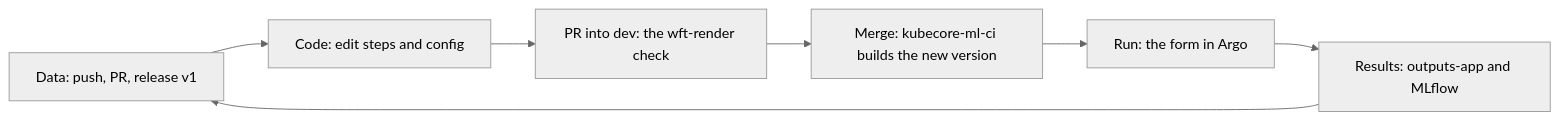
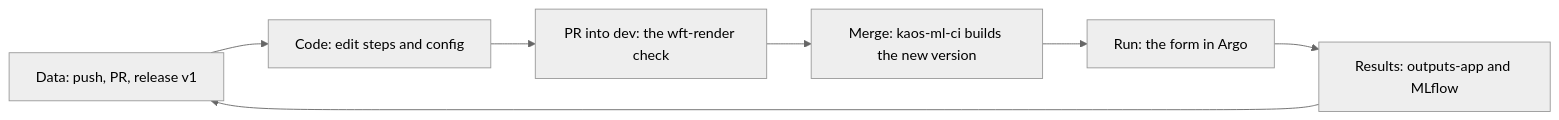
Before and after one commit to novelcore/hera-pipeline-template: the diagram in docs/index.md, drawn with Mermaid (neutral theme). The commit also changed 60 other files, not shown here.

First line of the commit message:
chore: rename the engine package kubecore -> kaos_pipeline, inject KAOS_* env

````diff
--- a/docs/index.md
+++ b/docs/index.md
@@ -25,9 +25,9 @@
 ```mermaid
 graph LR
     D["Data: push, PR, release v1"] --> E["Code: edit steps and config"]
     E --> P["PR into dev: the wft-render check"]
-    P --> M["Merge: kubecore-ml-ci builds the new version"]
+    P --> M["Merge: kaos-ml-ci builds the new version"]
     M --> R["Run: the form in Argo"]
     R --> O["Results: outputs-app and MLflow"]
     O --> D
 ```
````
